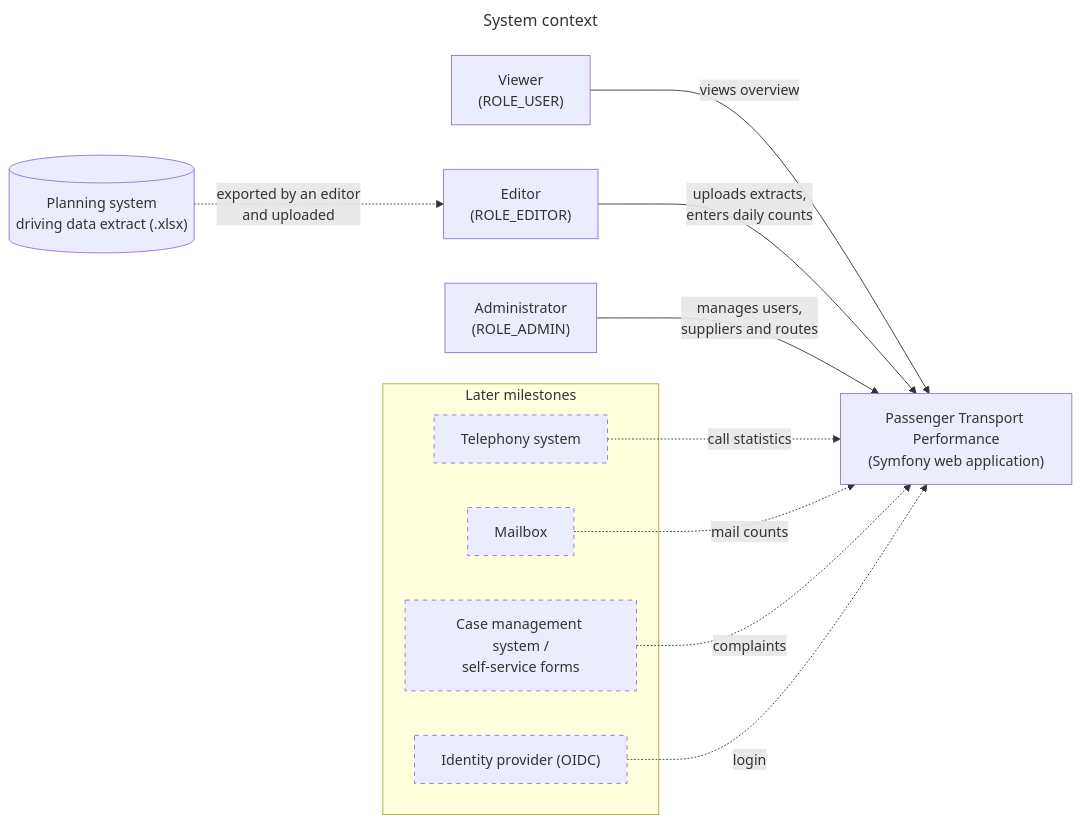
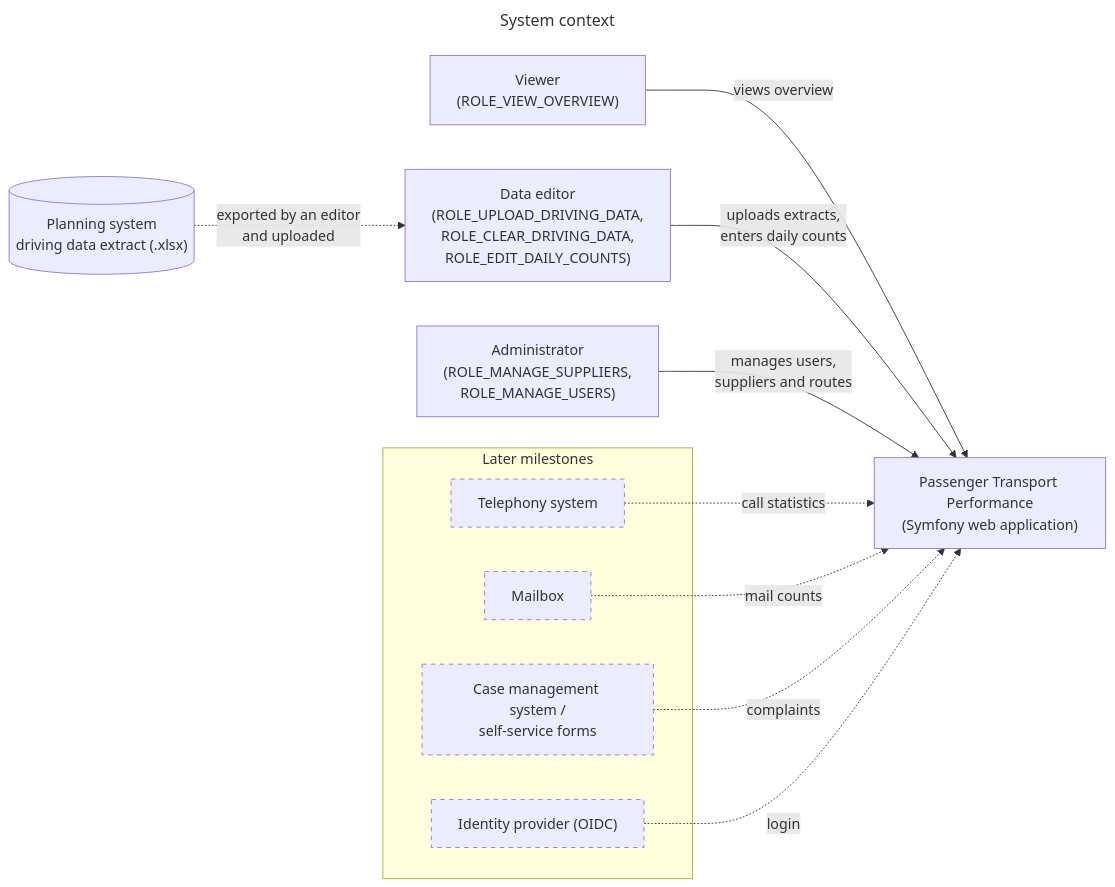
Before and after one commit to itk-dev/koerselsoverblik: the diagram in docs/diagrams/context.mmd, drawn with Mermaid. The commit also changed 9 other files, not shown here.

```diff
--- a/docs/diagrams/context.mmd
+++ b/docs/diagrams/context.mmd
@@ -1,31 +1,31 @@
 ---
 title: System context
 ---
 flowchart LR
-    user["Viewer<br/>(ROLE_USER)"]
-    editor["Editor<br/>(ROLE_EDITOR)"]
-    admin["Administrator<br/>(ROLE_ADMIN)"]
+    user["Viewer<br/>(ROLE_VIEW_OVERVIEW)"]
+    editor["Data editor<br/>(ROLE_UPLOAD_DRIVING_DATA,<br/>ROLE_CLEAR_DRIVING_DATA,<br/>ROLE_EDIT_DAILY_COUNTS)"]
+    admin["Administrator<br/>(ROLE_MANAGE_SUPPLIERS,<br/>ROLE_MANAGE_USERS)"]
 
     app["Passenger Transport Performance<br/>(Symfony web application)"]
 
     planning[("Planning system<br/>driving data extract (.xlsx)")]
 
     subgraph later["Later milestones"]
         telephony["Telephony system"]
         mailbox["Mailbox"]
         cases["Case management system /<br/>self-service forms"]
         idp["Identity provider (OIDC)"]
     end
 
     user -- "views overview" --> app
     editor -- "uploads extracts,<br/>enters daily counts" --> app
     admin -- "manages users,<br/>suppliers and routes" --> app
     planning -. "exported by an editor<br/>and uploaded" .-> editor
 
     telephony -. "call statistics" .-> app
     mailbox -. "mail counts" .-> app
     cases -. "complaints" .-> app
     idp -. "login" .-> app
 
     classDef future stroke-dasharray: 5 5
     class telephony,mailbox,cases,idp future
```
